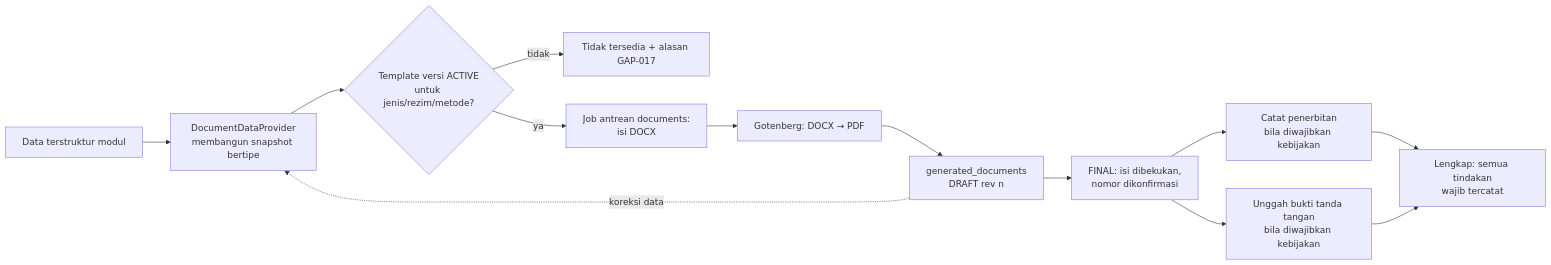
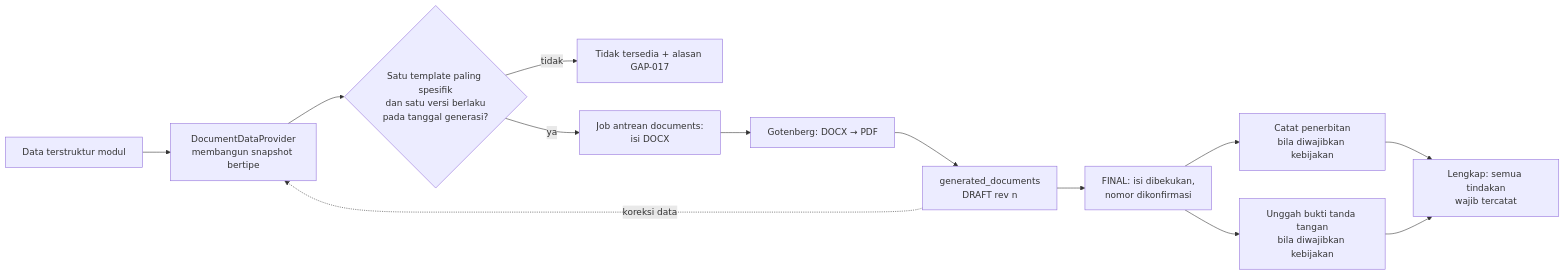
Before and after one commit to yusufarst/PRANATA-UNY: the diagram in docs/04-architecture/DOCUMENT_ENGINE.md, drawn with Mermaid. The commit also changed other lines of this file and 38 other files, not shown here.

````diff
--- a/docs/04-architecture/DOCUMENT_ENGINE.md
+++ b/docs/04-architecture/DOCUMENT_ENGINE.md
@@ -9,15 +9,15 @@
 ```mermaid
 flowchart LR
   A[Data terstruktur modul] --> B[DocumentDataProvider<br/>membangun snapshot bertipe]
-  B --> C{Template versi ACTIVE<br/>untuk jenis/rezim/metode?}
+  B --> C{Satu template paling spesifik<br/>dan satu versi berlaku<br/>pada tanggal generasi?}
   C -- tidak --> X[Tidak tersedia + alasan GAP-017]
   C -- ya --> D[Job antrean documents:<br/>isi DOCX]
   D --> E[Gotenberg: DOCX → PDF]
   E --> F[generated_documents<br/>DRAFT rev n]
   F --> G[FINAL: isi dibekukan,<br/>nomor dikonfirmasi]
   G --> H[Catat penerbitan<br/>bila diwajibkan kebijakan]
   G --> I[Unggah bukti tanda tangan<br/>bila diwajibkan kebijakan]
   H --> J[Lengkap: semua tindakan<br/>wajib tercatat]
   I --> J
   F -. koreksi data .-> B
 ```
````
